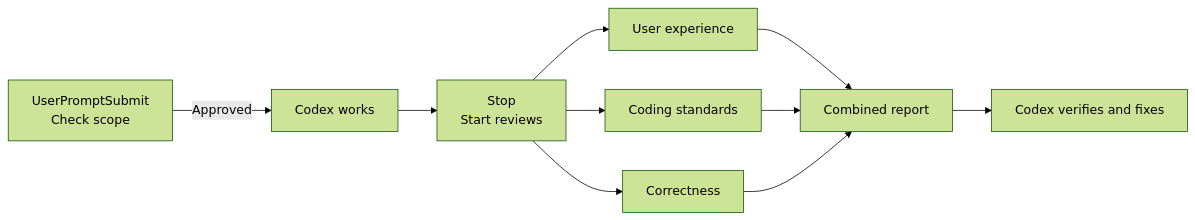
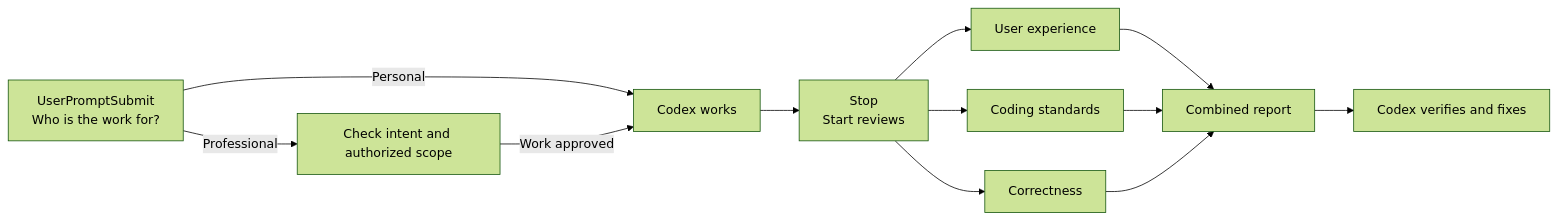
Before and after one commit to ArthurZakirov/codex-work-hooks: the diagram in README.md, drawn with Mermaid (forest theme). The commit also changed other lines of this file and 26 other files, not shown here.

````diff
--- a/README.md
+++ b/README.md
@@ -9,12 +9,14 @@
 ```mermaid
 flowchart LR
-    A["UserPromptSubmit<br/>Check scope"] -->|Approved| B["Codex works"]
+    A["UserPromptSubmit<br/>Who is the work for?"] -->|Personal| B
+    A -->|Professional| G["Check intent and authorized scope"]
+    G -->|Work approved| B["Codex works"]
     B --> C["Stop<br/>Start reviews"]
     C --> U["User experience"]
     C --> S["Coding standards"]
     C --> K["Correctness"]
     U --> R["Combined report"]
     S --> R
     K --> R
     R --> F["Codex verifies and fixes"]
 ```
````
